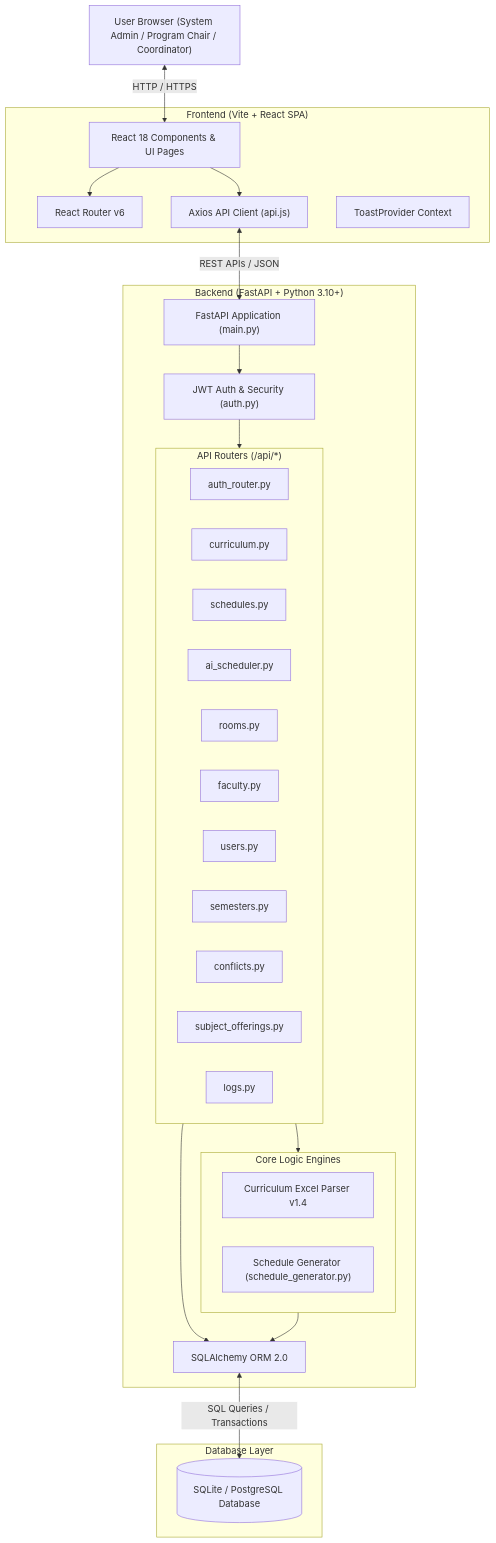
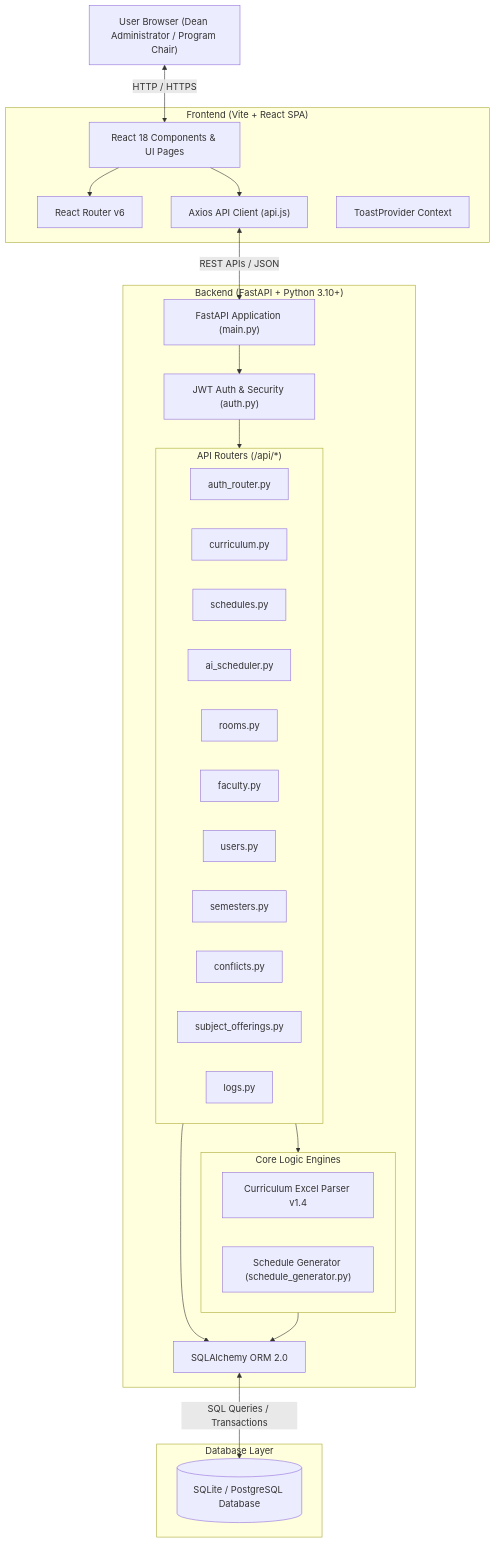
The first of 4 diagrams in docs/SYSTEM_DESIGN.md (dayaomatthew14/ATLAS), drawn with Mermaid before and after one commit. The commit also changed other lines of this file and 54 other files, not shown here.

````diff
--- a/docs/SYSTEM_DESIGN.md
+++ b/docs/SYSTEM_DESIGN.md
@@ -31,52 +34,52 @@
 ```mermaid
 graph TD
-    User["User Browser (System Admin / Program Chair / Coordinator)"]
+    User["User Browser (Dean Administrator / Program Chair)"]
     
     subgraph Frontend ["Frontend (Vite + React SPA)"]
         UI["React 18 Components & UI Pages"]
         Router["React Router v6"]
         APIClient["Axios API Client (api.js)"]
         Toast["ToastProvider Context"]
     end
     
     subgraph Backend ["Backend (FastAPI + Python 3.10+)"]
         Main["FastAPI Application (main.py)"]
         AuthMiddleware["JWT Auth & Security (auth.py)"]
         
         subgraph Routers ["API Routers (/api/*)"]
             AuthR["auth_router.py"]
             CurrR["curriculum.py"]
             SchedR["schedules.py"]
             AIR["ai_scheduler.py"]
             RoomR["rooms.py"]
             FacR["faculty.py"]
             UserR["users.py"]
             SemR["semesters.py"]
             ConfR["conflicts.py"]
             OffR["subject_offerings.py"]
             LogR["logs.py"]
         end
         
         subgraph Services ["Core Logic Engines"]
             ExcelParser["Curriculum Excel Parser v1.4"]
             GenEngine["Schedule Generator (schedule_generator.py)"]
         end
         
         ORM["SQLAlchemy ORM 2.0"]
     end
 
     subgraph Database ["Database Layer"]
         DB[(SQLite / PostgreSQL Database)]
     end
 
     User <-->|HTTP / HTTPS| UI
     UI --> Router
     UI --> APIClient
     APIClient <-->|REST APIs / JSON| Main
     Main --> AuthMiddleware
     AuthMiddleware --> Routers
     Routers --> Services
     Routers --> ORM
     Services --> ORM
     ORM <-->|SQL Queries / Transactions| DB
 ```
````
